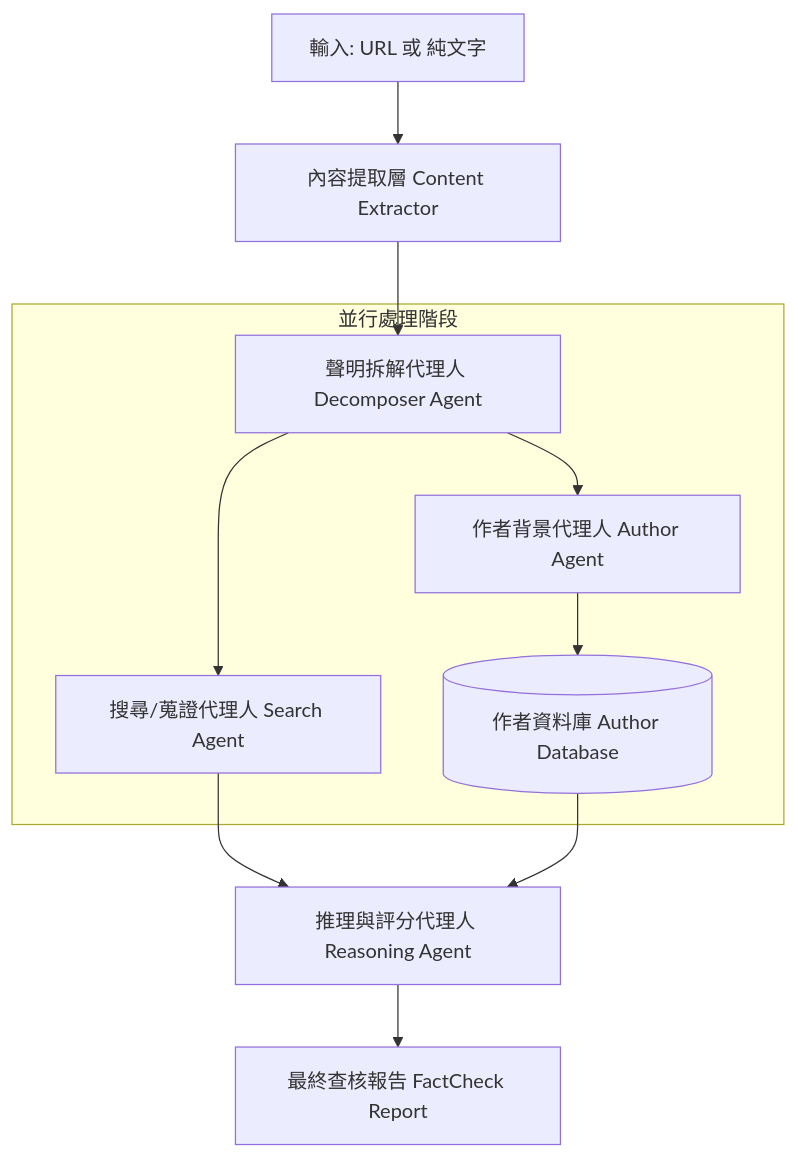
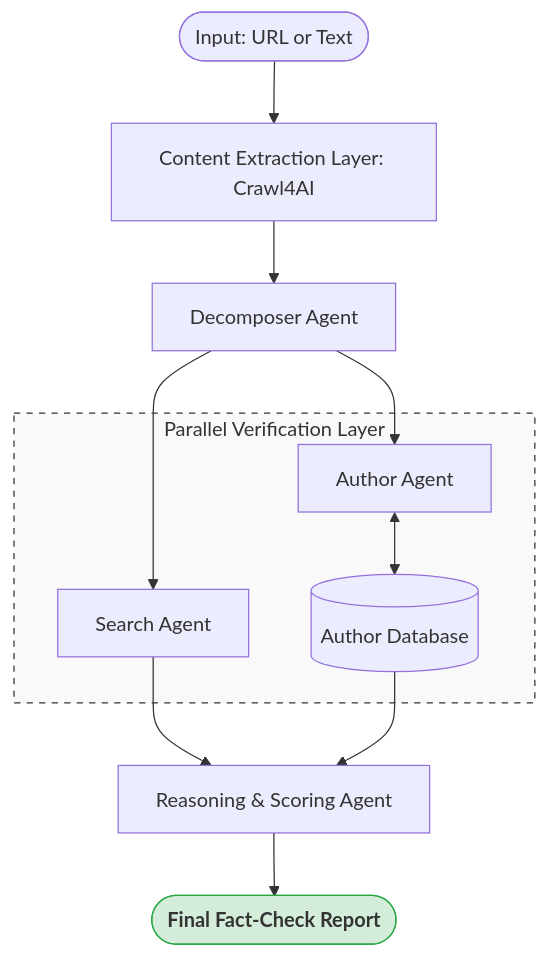
The diagram in README.md (iknowyou122/ai-fast-track), drawn with Mermaid before and after one commit. The commit also changed other lines of this file and 4 other files, not shown here.

````diff
--- a/README.md
+++ b/README.md
@@ -101,16 +42,30 @@
 ```mermaid
 graph TD
-    Input[輸入: URL 或 純文字] --> Extractor[內容提取層 Content Extractor]
-    Extractor --> Decomposer[聲明拆解代理人 Decomposer Agent]
+    %% Node Definitions
+    Input([Input: URL or Text])
+    Extractor[Content Extraction Layer: Crawl4AI]
+    Decomposer[Decomposer Agent]
     
-    subgraph ParallelProcessing [並行處理階段]
-        Decomposer --> Search[搜尋/蒐證代理人 Search Agent]
-        Decomposer --> Author[作者背景代理人 Author Agent]
-        Author --> AuthorDB[(作者資料庫 Author Database)]
+    subgraph Agents [Parallel Verification Layer]
+        Search[Search Agent]
+        Author[Author Agent]
+        AuthorDB[(Author Database)]
     end
     
-    Search --> Reasoning[推理與評分代理人 Reasoning Agent]
+    Reasoning[Reasoning & Scoring Agent]
+    Report([Final Fact-Check Report])
+
+    %% Flow
+    Input --> Extractor
+    Extractor --> Decomposer
+    Decomposer --> Search
+    Decomposer --> Author
+    Author <--> AuthorDB
+    Search --> Reasoning
     AuthorDB --> Reasoning
-    
-    Reasoning --> Report[最終查核報告 FactCheck Report]
+    Reasoning --> Report
+
+    %% Styling
+    style Agents fill:#f9f9f9,stroke:#333,stroke-dasharray: 5 5
+    style Report fill:#d4edda,stroke:#28a745,font-weight:bold
 ```
````
